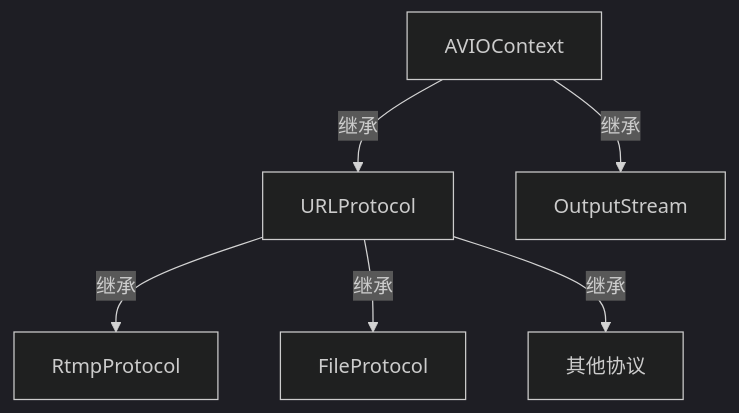
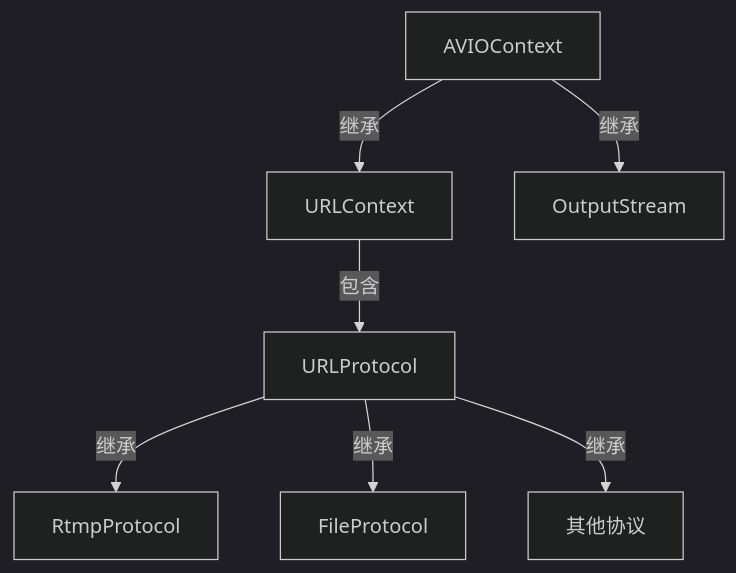
The first of 2 diagrams in doc/protocol_struct.md (Wvvatt/learning_ffmpeg), drawn with Mermaid (dark theme) before and after one commit.

````diff
--- a/doc/protocol_struct.md
+++ b/doc/protocol_struct.md
@@ -7,8 +7,9 @@
 ```mermaid
 graph TB
-    AVIOContext --继承--> URLProtocol
+    AVIOContext --继承--> URLContext
     AVIOContext --继承--> OutputStream
+    URLContext --包含--> URLProtocol
     URLProtocol --继承--> RtmpProtocol
     URLProtocol --继承--> FileProtocol
     URLProtocol --继承--> 其他协议
 ```
````
